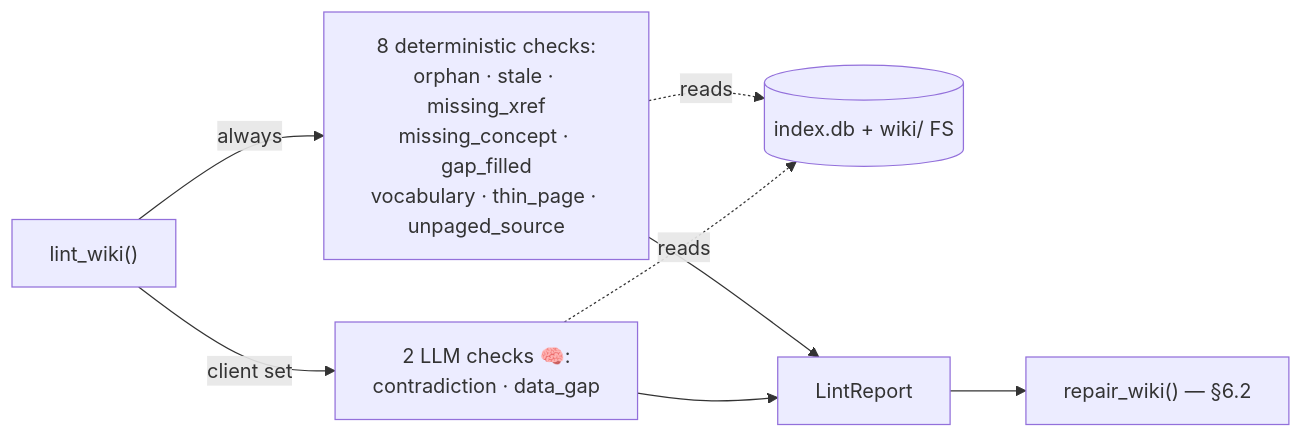
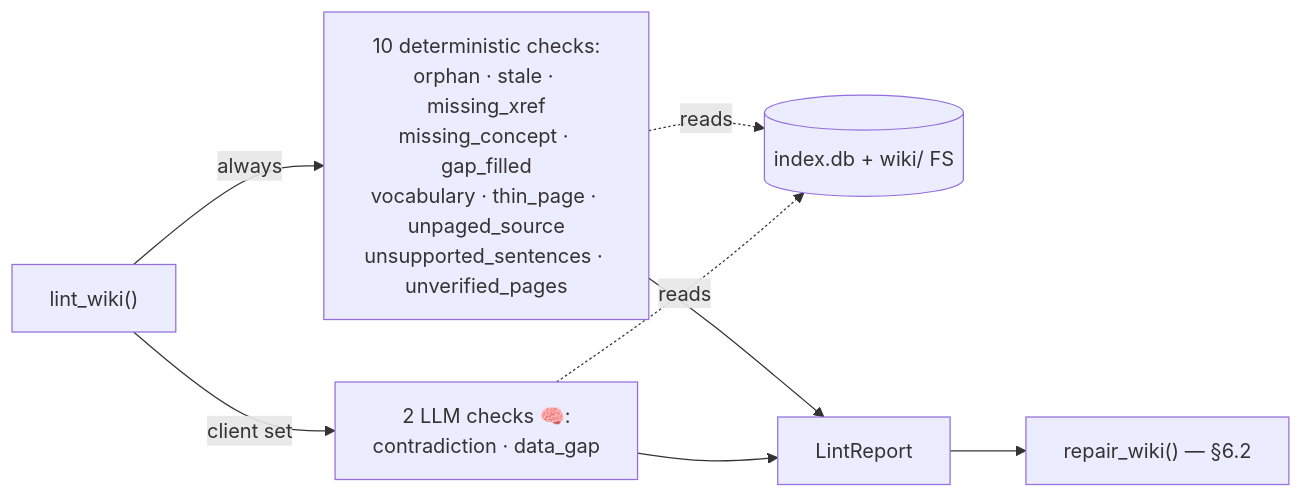
Before and after one commit to Clod/llmwiki-marimo: the diagram in docs/manual/workflows/6.1-lint.md, drawn with Mermaid. The commit also changed other lines of this file and 221 other files, not shown here.

````diff
--- a/docs/manual/workflows/6.1-lint.md
+++ b/docs/manual/workflows/6.1-lint.md
@@ -7,10 +7,10 @@
 ```mermaid
 flowchart LR
-    L["lint_wiki()"] -->|always| DET["8 deterministic checks:<br/>orphan · stale · missing_xref<br/>missing_concept · gap_filled<br/>vocabulary · thin_page · unpaged_source"]
+    L["lint_wiki()"] -->|always| DET["10 deterministic checks:<br/>orphan · stale · missing_xref<br/>missing_concept · gap_filled<br/>vocabulary · thin_page · unpaged_source<br/>unsupported_sentences · unverified_pages"]
     L -->|client set| LLM["2 LLM checks 🧠:<br/>contradiction · data_gap"]
     DET -. reads .-> S[("index.db + wiki/ FS")]
     LLM -. reads .-> S
     DET --> RPT["LintReport"]
     LLM --> RPT
     RPT --> RW["repair_wiki() — §6.2"]
 ```
````
